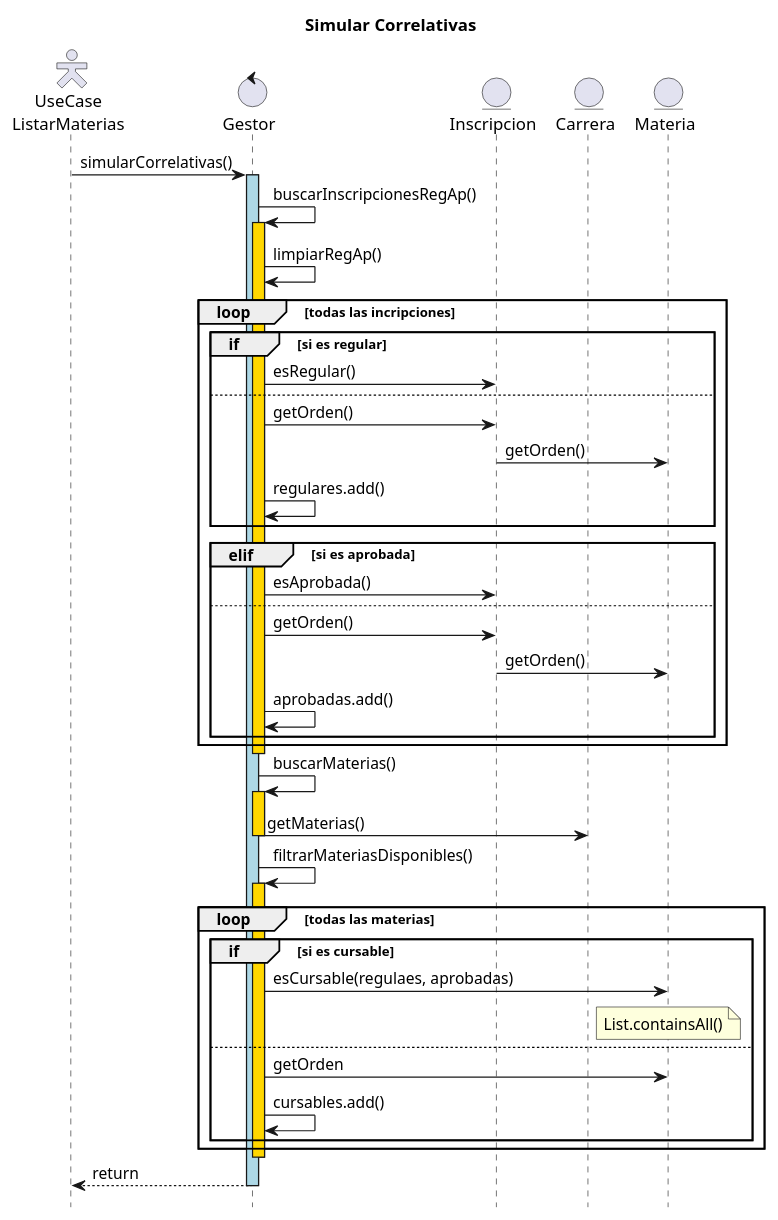
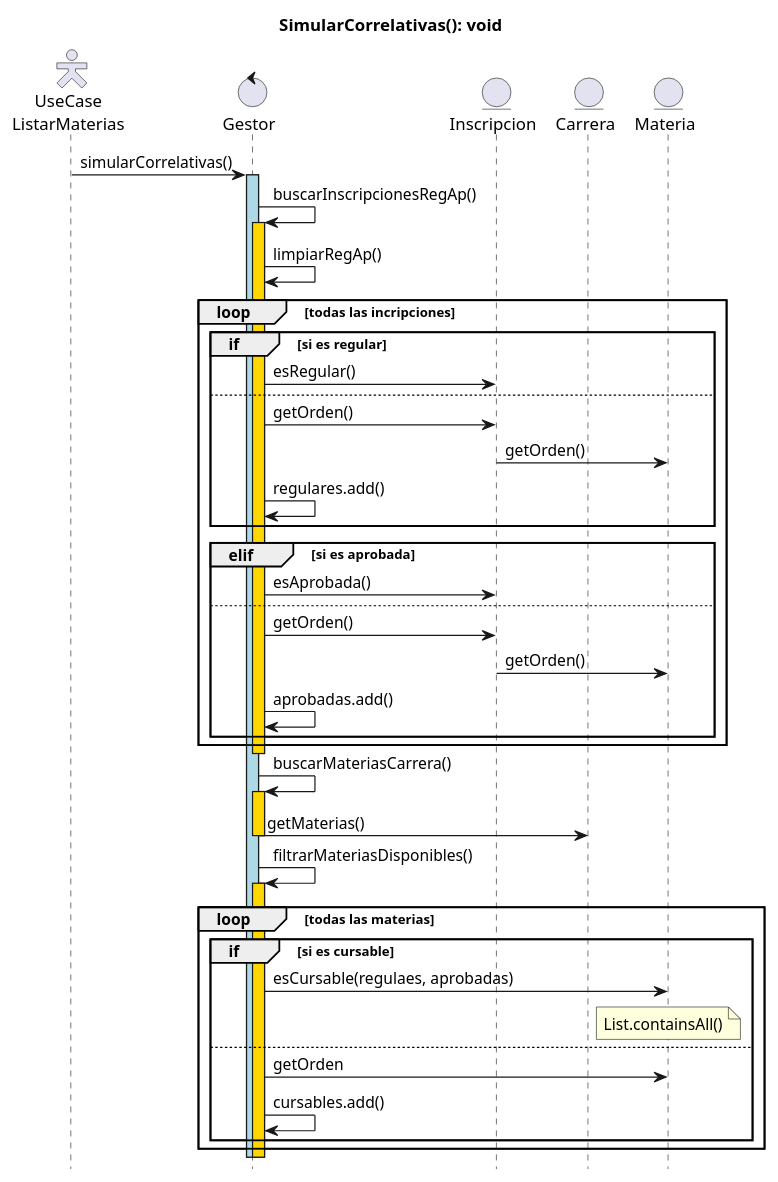
Before and after one commit to EmilianoM7/UTN_EZ: the diagram in Doc/UTNEZ_Secuencia-SimularCorrelativas.puml, drawn with PlantUML. The commit also changed 61 other files, not shown here.

```diff
--- a/Doc/UTNEZ_Secuencia-SimularCorrelativas.puml
+++ b/Doc/UTNEZ_Secuencia-SimularCorrelativas.puml
@@ -1,65 +1,63 @@
 @startuml
 
 ' --- SKIN ---
 
 skinparam actorStyle Hollow
 hide footbox
 
 ' --- DIAGRAMA ---
 
-title "Simular Correlativas"
+title "SimularCorrelativas(): void"
 
 actor "UseCase\nListarMaterias" as CU
 control Gestor as G
 entity Inscripcion as I
 entity Carrera as C
 entity Materia as M
 
 CU -> G : simularCorrelativas()
 activate G #lightblue
 G -> G : buscarInscripcionesRegAp()
 activate G #gold
 G -> G : limpiarRegAp()
 
 loop todas las incripciones
     group if [si es regular]
         G -> I : esRegular()
     else
         G -> I : getOrden()
         I -> M : getOrden()
         G -> G : regulares.add()
     end
     group elif [si es aprobada]
         G -> I : esAprobada()
     else
         G -> I : getOrden()
         I -> M : getOrden()
         G -> G : aprobadas.add()
     end
 end
 deactivate G
 
-G -> G : buscarMaterias()
+G -> G : buscarMateriasCarrera()
 activate G #gold
 G -> C : getMaterias()
 deactivate G
 
 G -> G : filtrarMateriasDisponibles()
 activate G #gold
 loop todas las materias
     group if [si es cursable]
         G -> M : esCursable(regulaes, aprobadas)
         note over M : List.containsAll()
     else
         G -> M : getOrden
         G -> G : cursables.add()
     end
 end
 deactivate G
 
-G --> CU : return
-
 deactivate G
 
 
 @enduml
```
